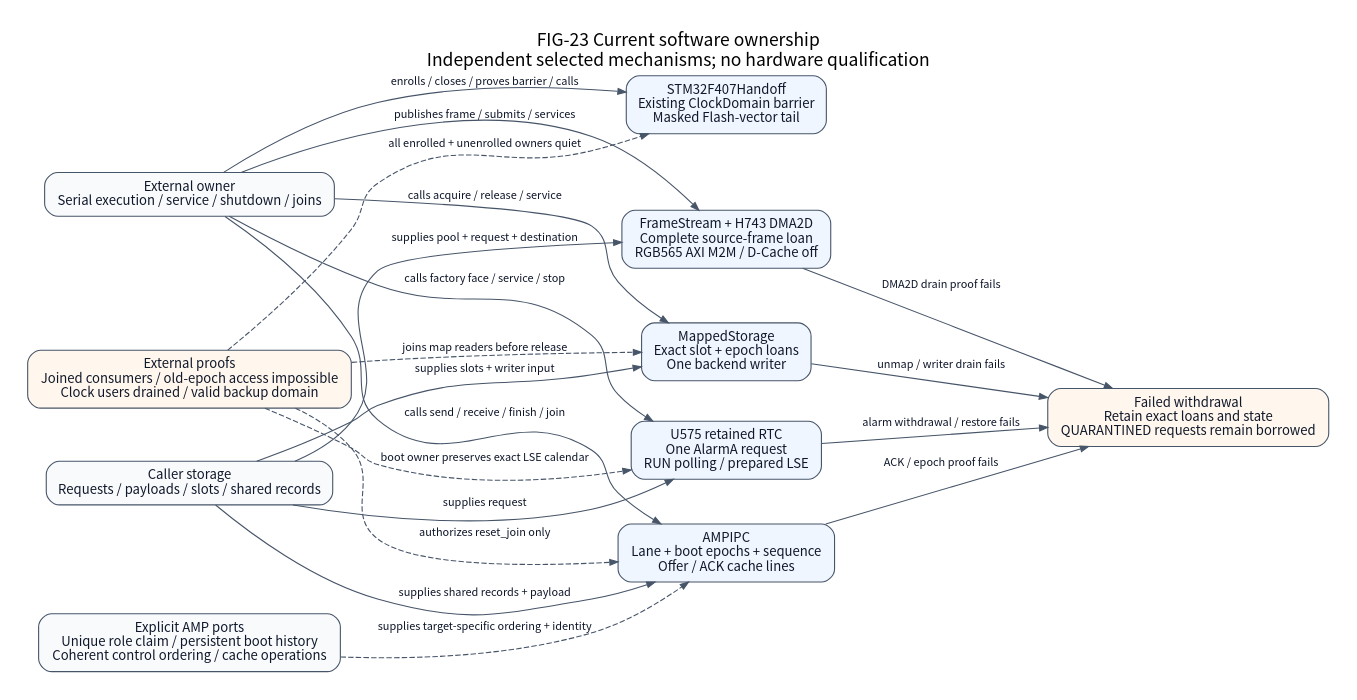
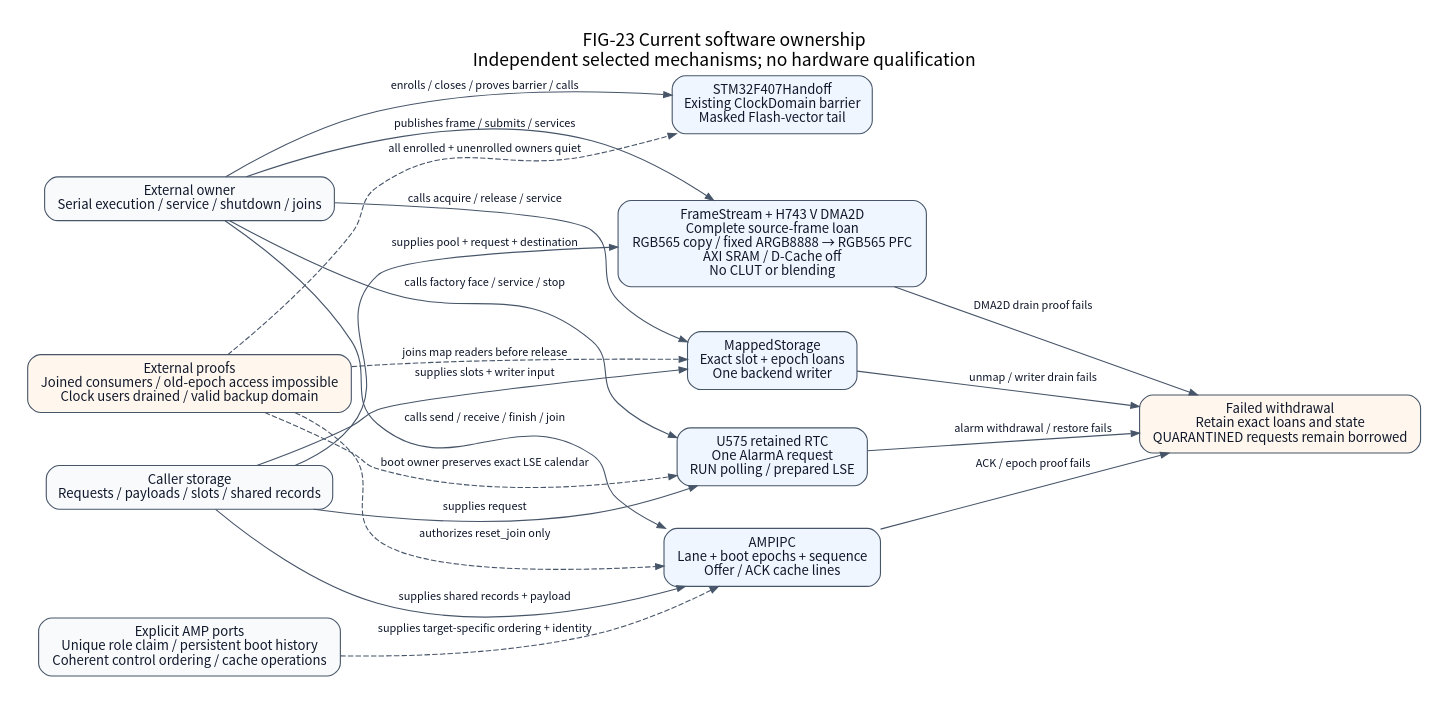
Before and after one commit to X-Gen-Lab/nexus: the diagram in docs/assets/diagrams/io-extension-ownership.dot, drawn with Graphviz. The commit also changed 39 other files, not shown here.

```diff
--- a/docs/assets/diagrams/io-extension-ownership.dot
+++ b/docs/assets/diagrams/io-extension-ownership.dot
@@ -1,41 +1,41 @@
 // FIG-23 current bounded software mechanisms, independently selected.
 // Source contracts: docs/design/io-extension-boundaries.md and linked headers.
 // Every arrow names calls, supplied storage or required external proof.
 digraph ioExtensionOwnership {
     graph [label="FIG-23 Current software ownership\nIndependent selected mechanisms; no hardware qualification",
            rankdir=LR, labelloc=t, fontname="Noto Sans CJK SC", fontsize=16,
            bgcolor="white", pad=0.25, nodesep=0.35, ranksep=0.65];
     node [shape=box, style="rounded,filled", fillcolor="#eff6ff",
           color="#475569", fontcolor="#0f172a", fontname="Noto Sans CJK SC",
           fontsize=12, margin="0.14,0.10"];
     edge [color="#475569", fontcolor="#0f172a",
           fontname="Noto Sans CJK SC", fontsize=10, arrowsize=0.75];
     app [label="External owner\nSerial execution / service / shutdown / joins", fillcolor="#f8fafc"];
     mapped [label="MappedStorage\nExact slot + epoch loans\nOne backend writer"];
     amp [label="AMPIPC\nLane + boot epochs + sequence\nOffer / ACK cache lines"];
     handoff [label="STM32F407Handoff\nExisting ClockDomain barrier\nMasked Flash-vector tail"];
     rtc [label="U575 retained RTC\nOne AlarmA request\nRUN polling / prepared LSE"];
-    frame [label="FrameStream + H743 DMA2D\nComplete source-frame loan\nRGB565 AXI M2M / D-Cache off"];
+    frame [label="FrameStream + H743 V DMA2D\nComplete source-frame loan\nRGB565 copy / fixed ARGB8888 → RGB565 PFC\nAXI SRAM / D-Cache off\nNo CLUT or blending"];
     storage [label="Caller storage\nRequests / payloads / slots / shared records", fillcolor="#f8fafc"];
     proof [label="External proofs\nJoined consumers / old-epoch access impossible\nClock users drained / valid backup domain", fillcolor="#fff7ed"];
     ports [label="Explicit AMP ports\nUnique role claim / persistent boot history\nCoherent control ordering / cache operations", fillcolor="#f8fafc"];
     held [label="Failed withdrawal\nRetain exact loans and state\nQUARANTINED requests remain borrowed", fillcolor="#fff7ed"];
     app -> mapped [label="calls acquire / release / service"];
     app -> amp [label="calls send / receive / finish / join"];
     app -> handoff [label="enrolls / closes / proves barrier / calls"];
     app -> rtc [label="calls factory face / service / stop"];
     app -> frame [label="publishes frame / submits / services"];
     storage -> mapped [label="supplies slots + writer input"];
     storage -> amp [label="supplies shared records + payload"];
     storage -> rtc [label="supplies request"];
     storage -> frame [label="supplies pool + request + destination"];
     proof -> mapped [label="joins map readers before release", style=dashed];
     proof -> amp [label="authorizes reset_join only", style=dashed];
     ports -> amp [label="supplies target-specific ordering + identity", style=dashed];
     proof -> handoff [label="all enrolled + unenrolled owners quiet", style=dashed];
     proof -> rtc [label="boot owner preserves exact LSE calendar", style=dashed];
     mapped -> held [label="unmap / writer drain fails"];
     amp -> held [label="ACK / epoch proof fails"];
     rtc -> held [label="alarm withdrawal / restore fails"];
     frame -> held [label="DMA2D drain proof fails"];
 }
```
